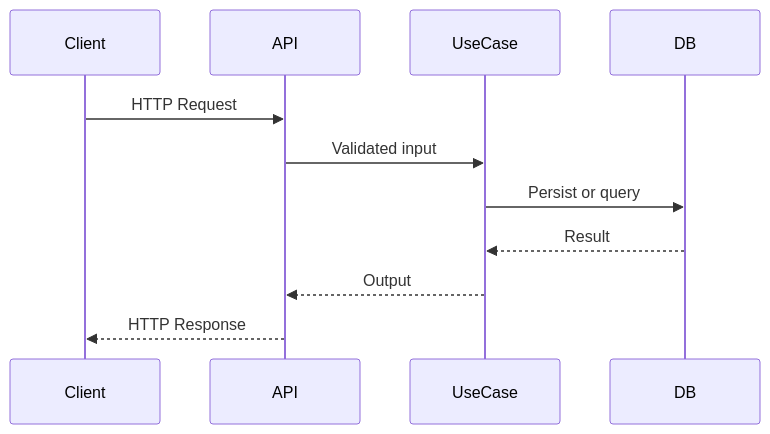
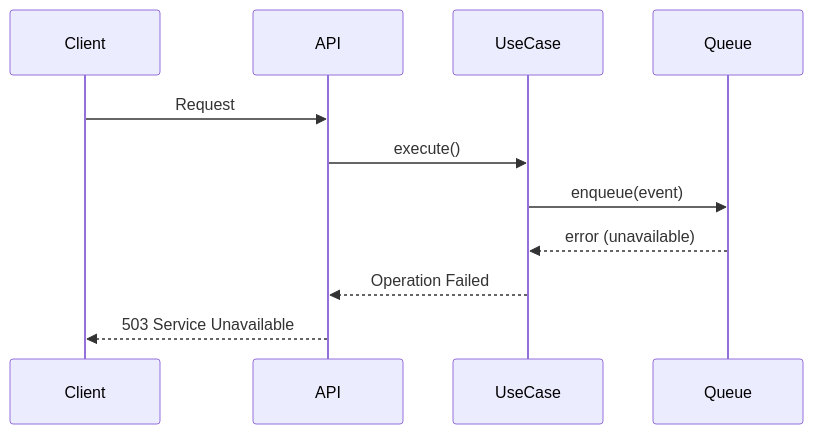
One commit to riguelbf/looply changed the sixth of 7 diagrams in docs-site/reference/generated/templates/tech-spec-template.md. Above: the diagram before and after it, drawn with Mermaid. The commit also changed other lines of this file and 2 other files, not shown here.

First line of the commit message:
feat: tech-spec enriquecida com diagramas obrigatorios e gate de aprovacao

````diff
--- a/docs-site/reference/generated/templates/tech-spec-template.md
+++ b/docs-site/reference/generated/templates/tech-spec-template.md
@@ -99,13 +140,14 @@
 ```mermaid
 sequenceDiagram
   participant Client
   participant API
   participant UseCase
-  participant DB
-  Client->>API: HTTP Request
-  API->>UseCase: Validated input
-  UseCase->>DB: Persist or query
-  DB-->>UseCase: Result
-  UseCase-->>API: Output
-  API-->>Client: HTTP Response
+  participant Queue
+
+  Client->>API: Request
+  API->>UseCase: execute()
+  UseCase->>Queue: enqueue(event)
+  Queue-->>UseCase: error (unavailable)
+  UseCase-->>API: Operation Failed
+  API-->>Client: 503 Service Unavailable
 ```
````
